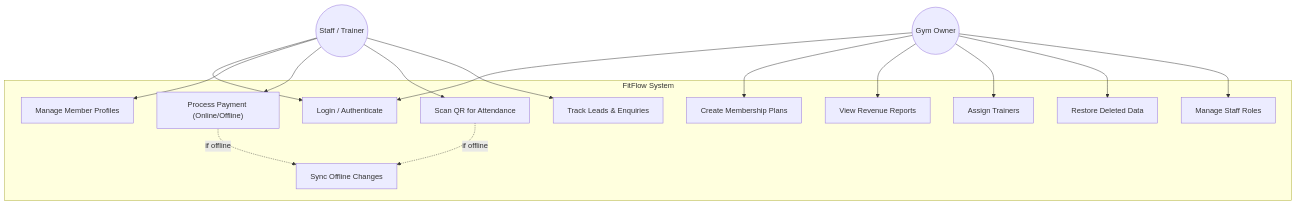
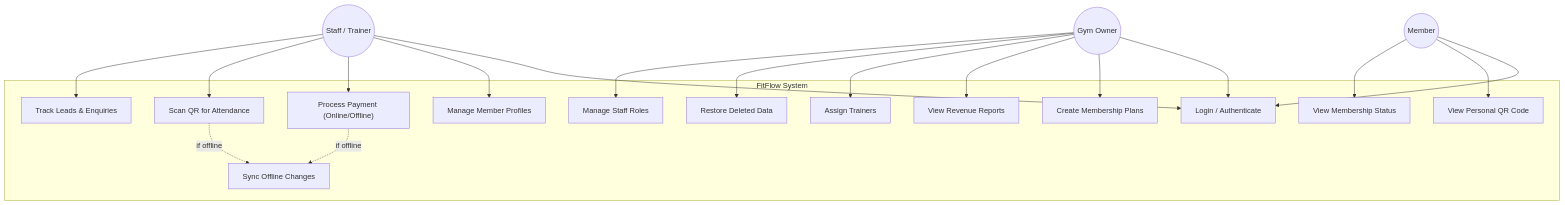
Before and after one commit to Necro-Rohan/FitFlow: the diagram in UseCaseDiagram.md, drawn with Mermaid. The commit also changed other lines of this file, not shown here.

Commit message:
Feat: Fixed  UseCaseDiagram according to members

````diff
--- a/UseCaseDiagram.md
+++ b/UseCaseDiagram.md
@@ -10,39 +10,47 @@
 ```mermaid
 graph TB
     subgraph FitFlow System
         UC1["Login / Authenticate"]
         UC2["Manage Member Profiles"]
         UC3["Create Membership Plans"]
         UC4["Process Payment (Online/Offline)"]
         UC5["Scan QR for Attendance"]
         UC6["Track Leads & Enquiries"]
         UC7["View Revenue Reports"]
         UC8["Assign Trainers"]
         UC9["Restore Deleted Data"]
         UC10["Sync Offline Changes"]
         UC11["Manage Staff Roles"]
+        UC12["View Personal QR Code"]
+        UC13["View Membership Status"]
     end
 
     Owner((Gym Owner))
     Staff((Staff / Trainer))
+    Member((Member))
 
     %% Staff Actions
     Staff --> UC1
     Staff --> UC2
     Staff --> UC4
     Staff --> UC5
     Staff --> UC6
 
     %% Owner Actions
     Owner --> UC1
     Owner --> UC3
     Owner --> UC7
     Owner --> UC8
     Owner --> UC9
     Owner --> UC11
 
+    %% Member Actions
+    Member --> UC1
+    Member --> UC12
+    Member --> UC13
+
     %% System driven
     UC4 -.->|if offline| UC10
     UC5 -.->|if offline| UC10
 
 ```
````
